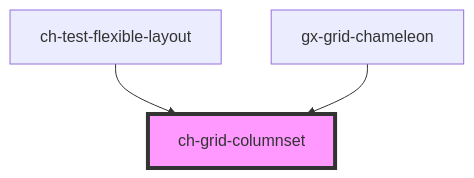
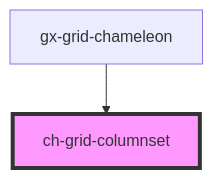
The diagram in src/deprecated-components/grid/grid-columnset/readme.md (genexuslabs/chameleon-controls-library), drawn with Mermaid before and after one commit. The commit also changed other lines of this file and 15 other files, not shown here.

````diff
--- a/src/deprecated-components/grid/grid-columnset/readme.md
+++ b/src/deprecated-components/grid/grid-columnset/readme.md
@@ -20,6 +19,5 @@
 ```mermaid
 graph TD;
-  ch-test-flexible-layout --> ch-grid-columnset
   gx-grid-chameleon --> ch-grid-columnset
   style ch-grid-columnset fill:#f9f,stroke:#333,stroke-width:4px
 ```
````
